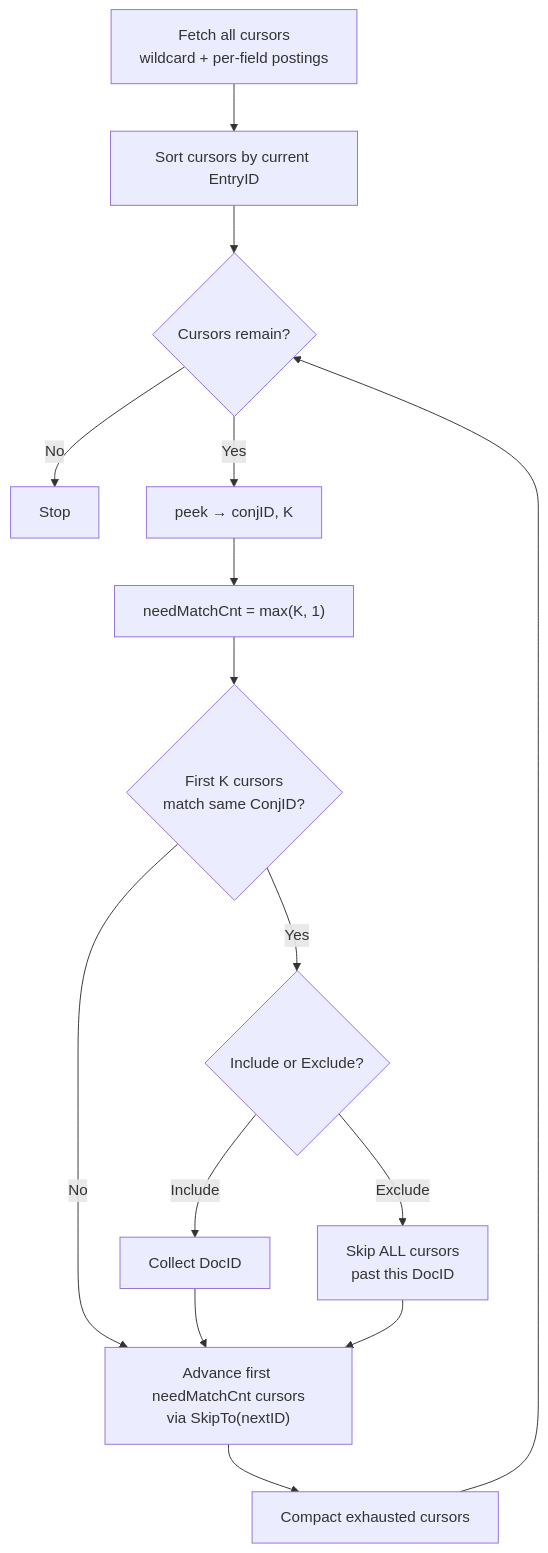
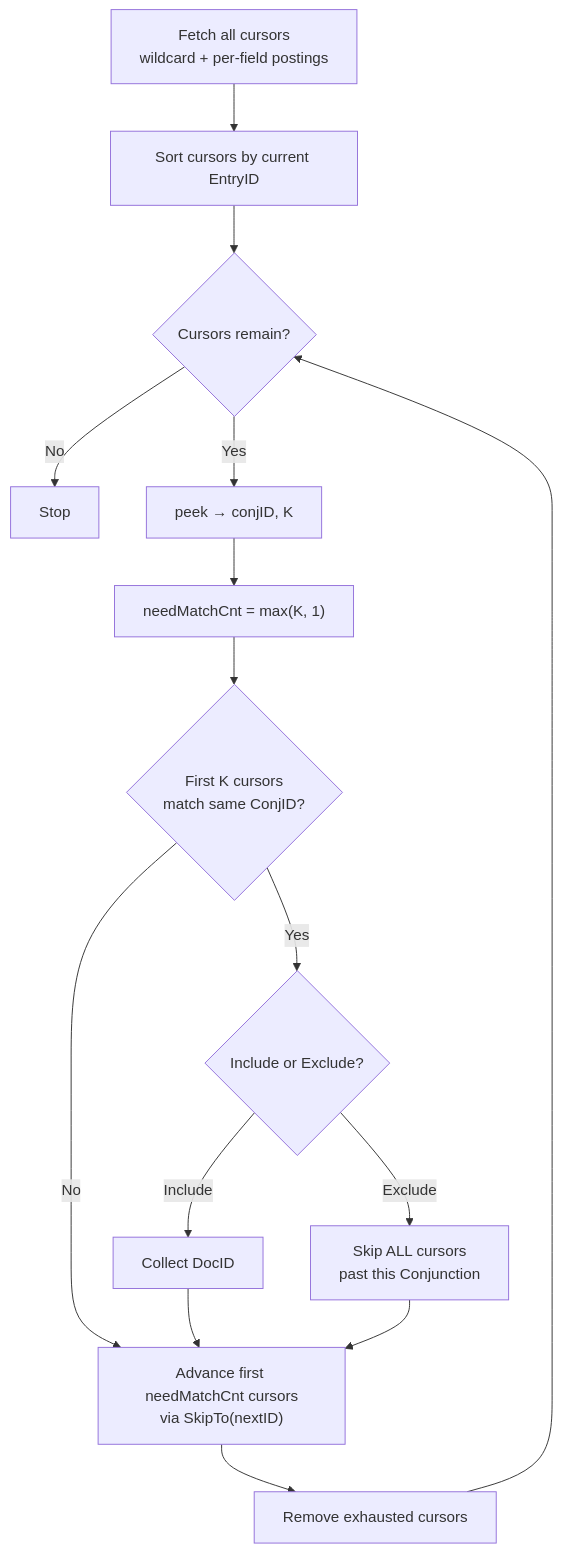
The fourth of 5 diagrams in README.md (echoface/be_indexer), drawn with Mermaid before and after one commit. The commit also changed other lines of this file and 157 other files, not shown here.

````diff
--- a/README.md
+++ b/README.md
@@ -188,17 +208,17 @@
 ```mermaid
 flowchart TD
     A[Fetch all cursors\nwildcard + per-field postings] --> B[Sort cursors by current EntryID]
     B --> C{Cursors remain?}
     C -->|No| Z[Stop]
     C -->|Yes| D[peek → conjID, K]
     D --> E["needMatchCnt = max(K, 1)"]
     E --> F{First K cursors\nmatch same ConjID?}
     F -->|Yes| G{Include or Exclude?}
     F -->|No| H["Advance first needMatchCnt cursors\nvia SkipTo(nextID)"]
     G -->|Include| I[Collect DocID]
-    G -->|Exclude| J[Skip ALL cursors\npast this DocID]
+    G -->|Exclude| J[Skip ALL cursors\npast this Conjunction]
     I --> H
     J --> H
-    H --> K[Compact exhausted cursors]
+    H --> K[Remove exhausted cursors]
     K --> C
 ```
````
